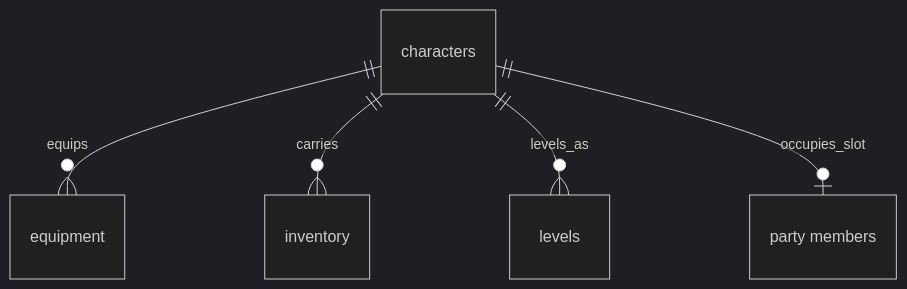
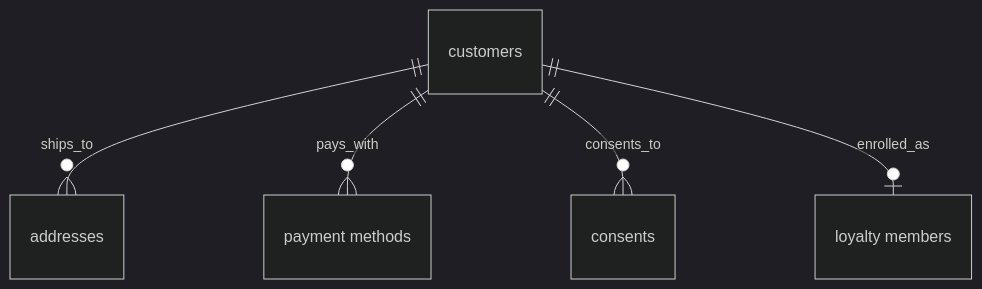
The fourth of 7 diagrams in skills/authoring/diagrams-and-tables/references/er/examples.md (jonasferagen/agent-skills), drawn with Mermaid (dark theme) before and after one commit. The commit also changed other lines of this file and 95 other files, not shown here.

````diff
--- a/skills/authoring/diagrams-and-tables/references/er/examples.md
+++ b/skills/authoring/diagrams-and-tables/references/er/examples.md
@@ -100,13 +95,13 @@
 ```mermaid
 erDiagram
-  GAME_CHARACTERS["characters"]
-  GAME_CHARACTER_EQUIPMENT["equipment"]
-  GAME_CHARACTER_INVENTORY["inventory"]
-  GAME_CHARACTER_LEVELS["levels"]
-  GAME_PARTY_MEMBERS["party members"]
+  CUSTOMERS["customers"]
+  CUSTOMER_ADDRESSES["addresses"]
+  CUSTOMER_PAYMENT_METHODS["payment methods"]
+  CUSTOMER_CONSENTS["consents"]
+  LOYALTY_MEMBERS["loyalty members"]
 
-  GAME_CHARACTERS ||--o{ GAME_CHARACTER_EQUIPMENT : equips
-  GAME_CHARACTERS ||--o{ GAME_CHARACTER_INVENTORY : carries
-  GAME_CHARACTERS ||--o{ GAME_CHARACTER_LEVELS : levels_as
-  GAME_CHARACTERS ||--o| GAME_PARTY_MEMBERS : occupies_slot
+  CUSTOMERS ||--o{ CUSTOMER_ADDRESSES : ships_to
+  CUSTOMERS ||--o{ CUSTOMER_PAYMENT_METHODS : pays_with
+  CUSTOMERS ||--o{ CUSTOMER_CONSENTS : consents_to
+  CUSTOMERS ||--o| LOYALTY_MEMBERS : enrolled_as
 ```
````
